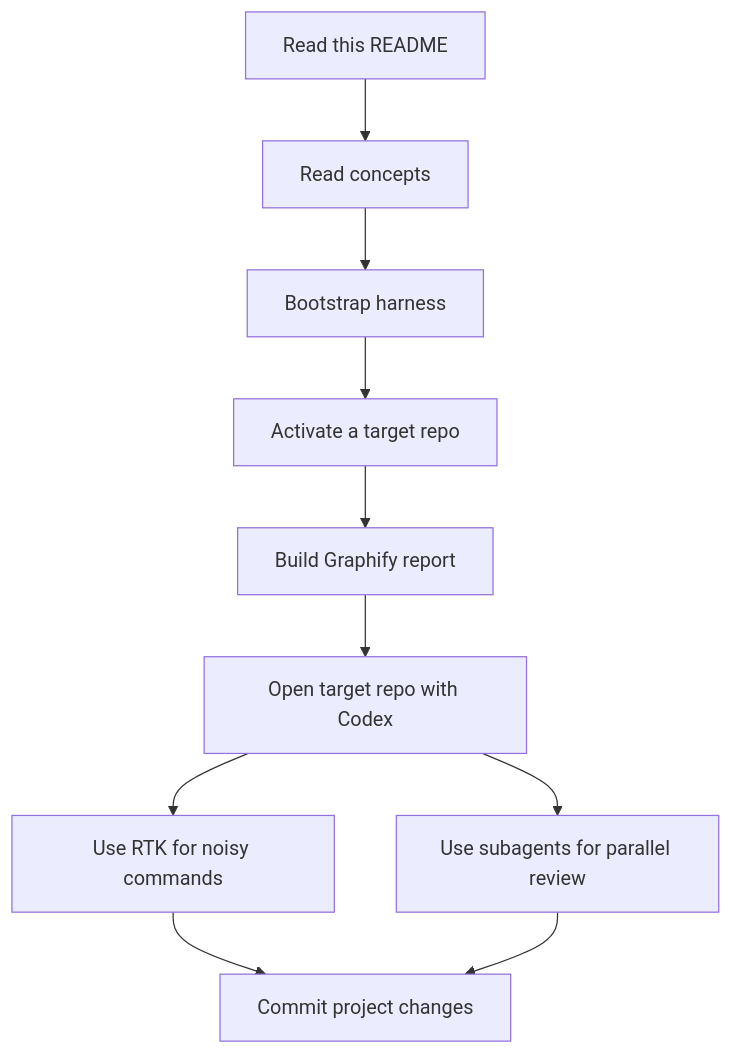
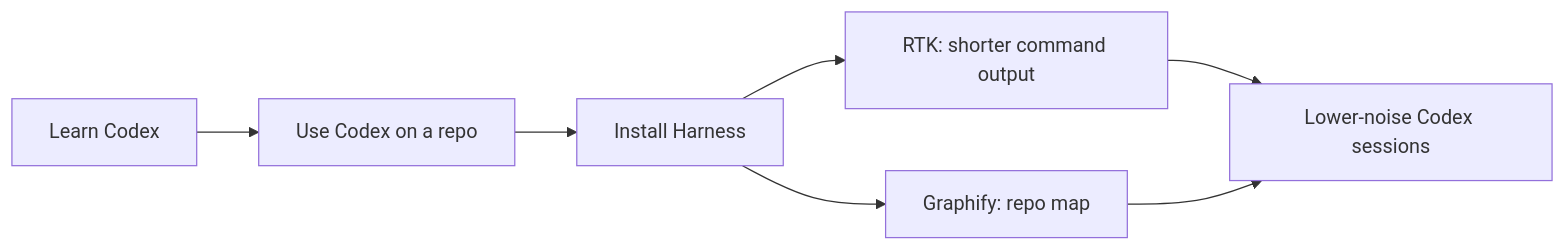
Before and after one commit to Trhova/Codex_harness: the diagram in README.md, drawn with Mermaid. The commit also changed other lines of this file and 41 other files, not shown here.

````diff
--- a/README.md
+++ b/README.md
@@ -50,12 +21,9 @@
 ```mermaid
-flowchart TD
-    A[Read this README] --> B[Read concepts]
-    B --> C[Bootstrap harness]
-    C --> D[Activate a target repo]
-    D --> E[Build Graphify report]
-    E --> F[Open target repo with Codex]
-    F --> G[Use RTK for noisy commands]
-    F --> H[Use subagents for parallel review]
-    G --> I[Commit project changes]
-    H --> I
+flowchart LR
+    A[Learn Codex] --> B[Use Codex on a repo]
+    B --> C[Install Harness]
+    C --> D[RTK: shorter command output]
+    C --> E[Graphify: repo map]
+    D --> F[Lower-noise Codex sessions]
+    E --> F
 ```
````
